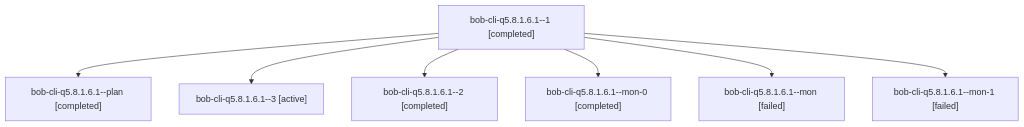
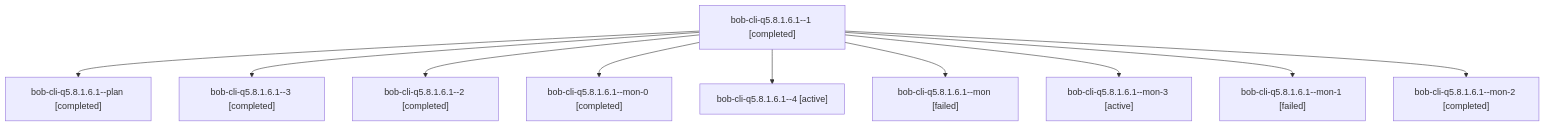
The diagram in sessions/bbugyi200.athena.bob-cli-q5.8.1.6.1.md (bobs-org/bob-cli--agents), drawn with Mermaid before and after one commit. The commit also changed other lines of this file and 214 other files, not shown here.

````diff
--- a/sessions/bbugyi200.athena.bob-cli-q5.8.1.6.1.md
+++ b/sessions/bbugyi200.athena.bob-cli-q5.8.1.6.1.md
@@ -9,16 +9,22 @@
 ```mermaid
 flowchart TD
   n0["bob-cli-q5.8.1.6.1--1 [completed]"]
   n1["bob-cli-q5.8.1.6.1--plan [completed]"]
   n0 --> n1
-  n2["bob-cli-q5.8.1.6.1--3 [active]"]
+  n2["bob-cli-q5.8.1.6.1--3 [completed]"]
   n0 --> n2
   n3["bob-cli-q5.8.1.6.1--2 [completed]"]
   n0 --> n3
   n4["bob-cli-q5.8.1.6.1--mon-0 [completed]"]
   n0 --> n4
-  n5["bob-cli-q5.8.1.6.1--mon [failed]"]
+  n5["bob-cli-q5.8.1.6.1--4 [active]"]
   n0 --> n5
-  n6["bob-cli-q5.8.1.6.1--mon-1 [failed]"]
+  n6["bob-cli-q5.8.1.6.1--mon [failed]"]
   n0 --> n6
+  n7["bob-cli-q5.8.1.6.1--mon-3 [active]"]
+  n0 --> n7
+  n8["bob-cli-q5.8.1.6.1--mon-1 [failed]"]
+  n0 --> n8
+  n9["bob-cli-q5.8.1.6.1--mon-2 [completed]"]
+  n0 --> n9
 ```
````
